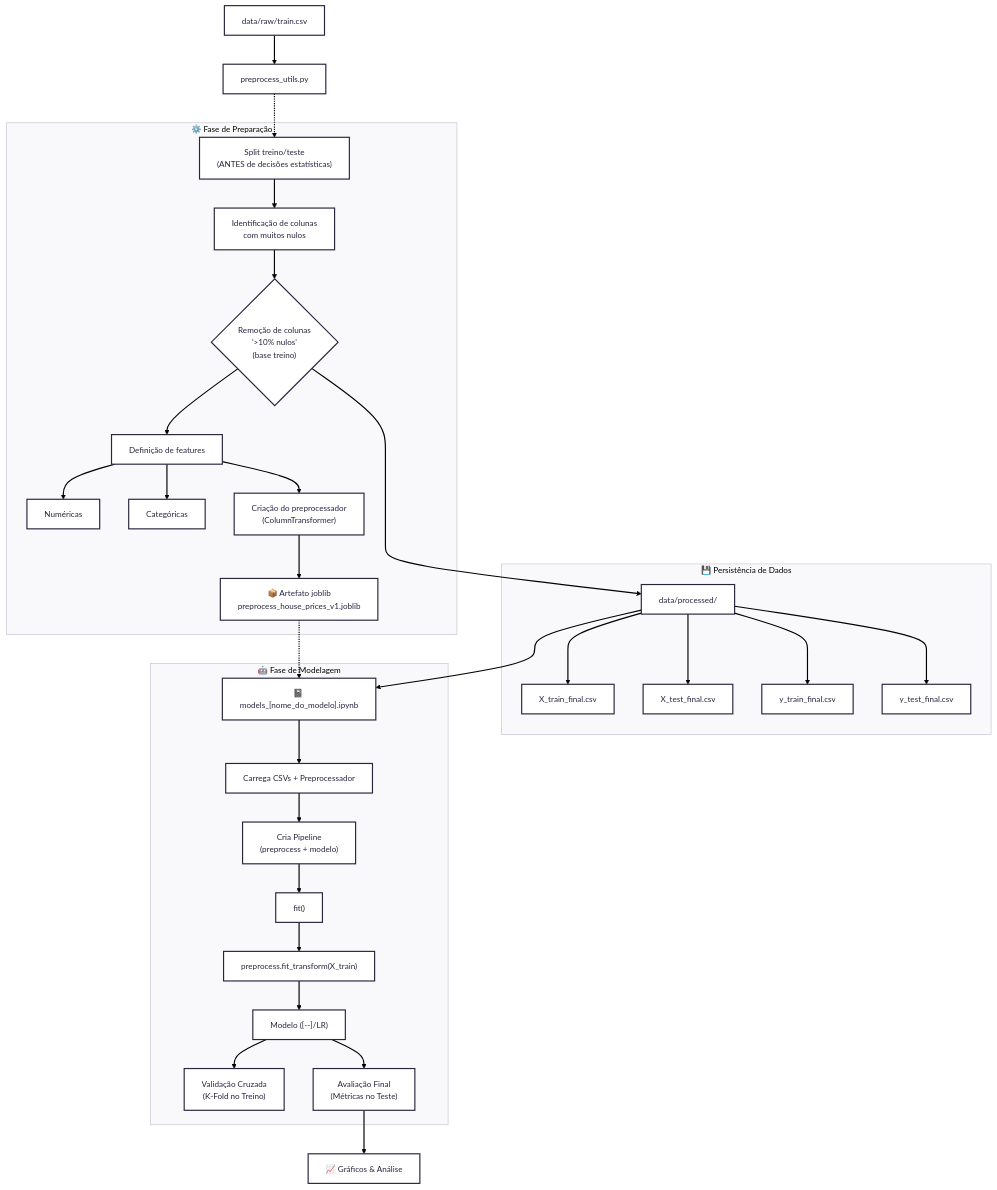
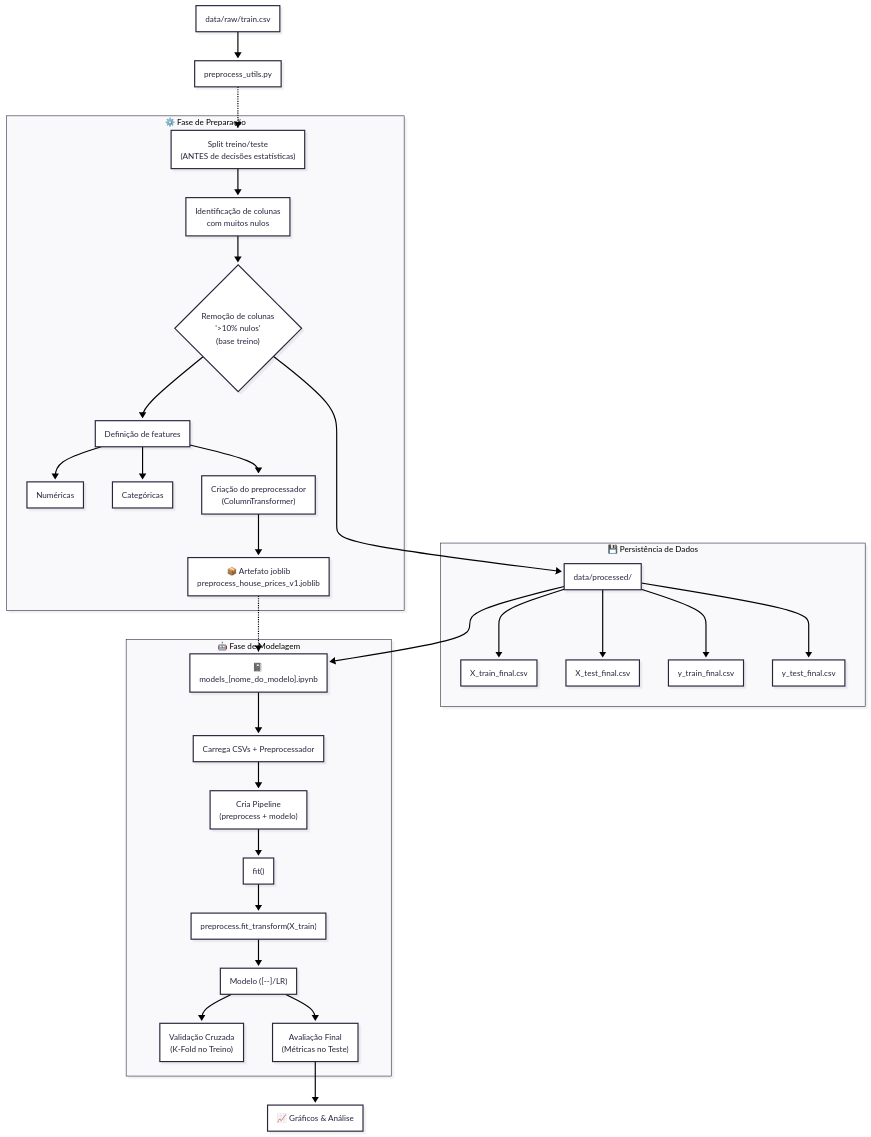
The diagram in HousePrices/README.md (albertoakel/Kaggle), drawn with Mermaid before and after one commit.

````diff
--- a/HousePrices/README.md
+++ b/HousePrices/README.md
@@ -99,56 +99,57 @@
 ```mermaid
 ---
 config:
   theme: redux
   layout: dagre
+  look: neo
 ---
 flowchart TB
 subgraph s1["⚙️ Fase de Preparação"]
         B1["Split treino/teste<br>(ANTES de decisões estatísticas)"]
         B2["Identificação de colunas<br>com muitos nulos"]
         B3@{ label: "Remoção de colunas<br>'&gt;10% nulos'<br>(base treino)" }
         B4["Definição de features"]
         B4a["Numéricas"]
         B4b["Categóricas"]
         B5["Criação do preprocessador<br>(ColumnTransformer)"]
         B6["📦 Artefato joblib<br>preprocess_house_prices_v1.joblib"]
   end
  subgraph Persistencia["💾 Persistência de Dados"]
         C["data/processed/"]
         C1["X_train_final.csv"]
         C2["X_test_final.csv"]
         C3["y_train_final.csv"]
         C4["y_test_final.csv"]
   end
  subgraph Treinamento["🤖 Fase de Modelagem"]
         D["📓 models_[nome_do_modelo].ipynb"]
         D1["Carrega CSVs + Preprocessador"]
         D2["Cria Pipeline<br>(preprocess + modelo)"]
         E["fit()"]
         E1["preprocess.fit_transform(X_train)"]
         F["Modelo ([--]/LR)"]
         G["Validação Cruzada<br>(K-Fold no Treino)"]
         H["Avaliação Final<br>(Métricas no Teste)"]
   end
     A["data/raw/train.csv"] --> B["preprocess_utils.py"]
     B L_B_B1_0@-.-> B1
     B1 --> B2
     B2 --> B3
     B3 --> B4 & C
     B4 --> B4a & B4b & B5
     B5 --> B6
     C --> C1 & C2 & C3 & C4 & D
     B6 -.-> D
     D --> D1
     D1 --> D2
     D2 --> E
     E --> E1
     E1 --> F
     F --> G & H
     H --> I["📈 Gráficos & Análise"]
 
     B3@{ shape: diam}
     linkStyle 1 stroke:#000000
 
     L_B_B1_0@{ curve: natural }
 ```
````
